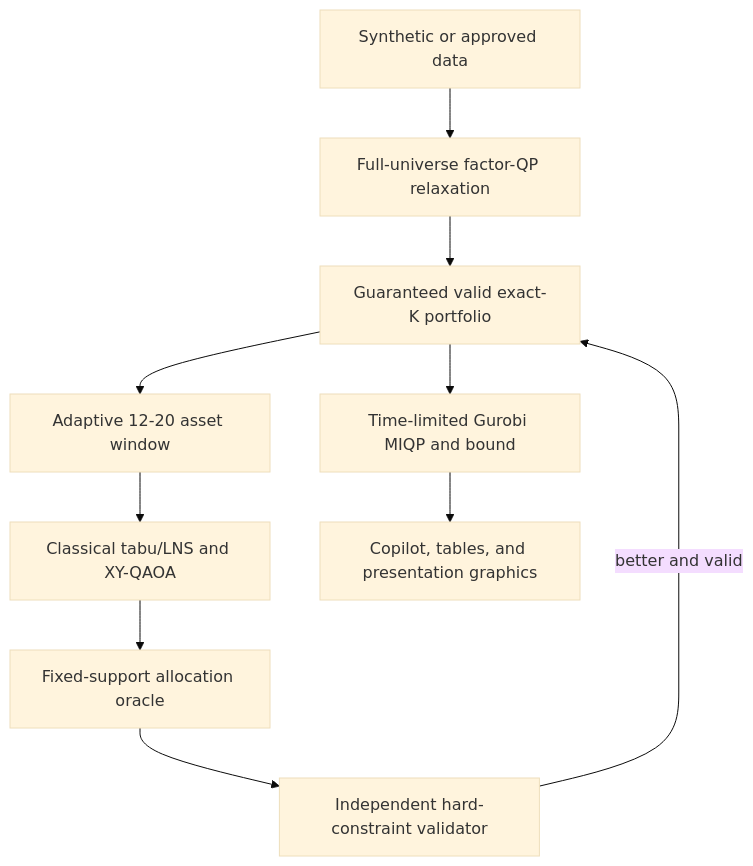
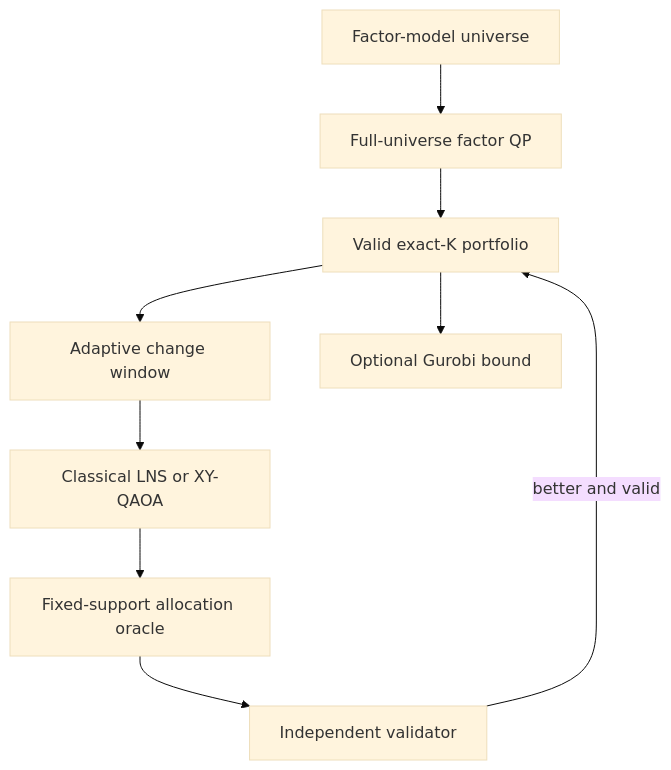
Before and after one commit to apomorovv/vanguard-multi-asset-portfolio: the diagram in README.md, drawn with Mermaid (base theme). The commit also changed other lines of this file and 28 other files, not shown here.

````diff
--- a/README.md
+++ b/README.md
@@ -18,12 +23,11 @@
 ```mermaid
 flowchart TD
-    A["Synthetic or approved data"] --> B["Full-universe factor-QP relaxation"]
-    B --> C["Guaranteed valid exact-K portfolio"]
-    C --> D["Adaptive 12-20 asset window"]
-    D --> E["Classical tabu/LNS and XY-QAOA"]
+    A["Factor-model universe"] --> B["Full-universe factor QP"]
+    B --> C["Valid exact-K portfolio"]
+    C --> D["Adaptive change window"]
+    D --> E["Classical LNS or XY-QAOA"]
     E --> F["Fixed-support allocation oracle"]
-    F --> G["Independent hard-constraint validator"]
+    F --> G["Independent validator"]
     G -->|"better and valid"| C
-    C --> H["Time-limited Gurobi MIQP and bound"]
-    H --> I["Copilot, tables, and presentation graphics"]
+    C --> H["Optional Gurobi bound"]
 ```
````
